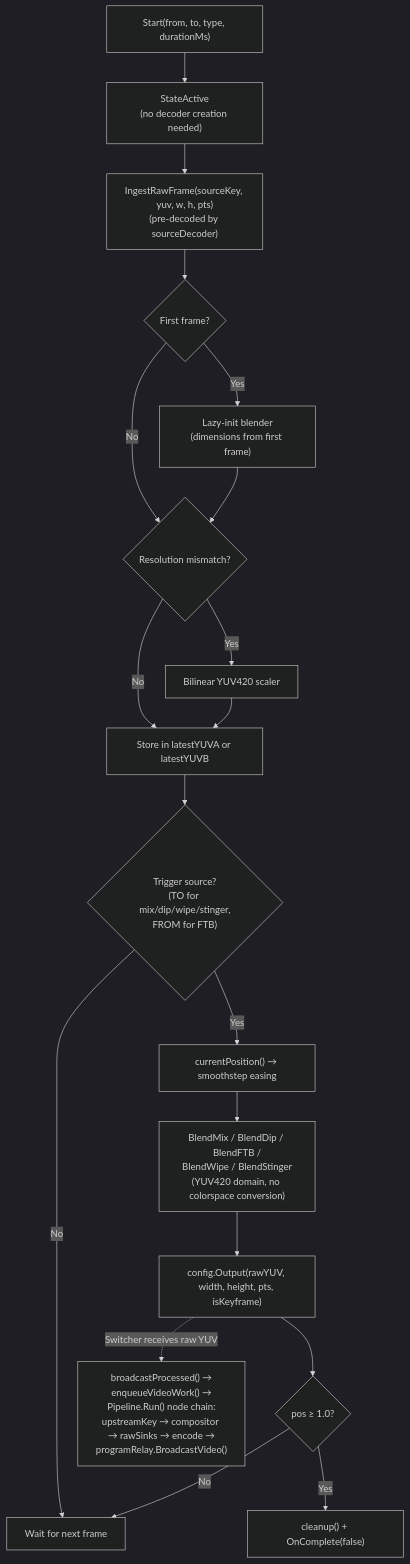
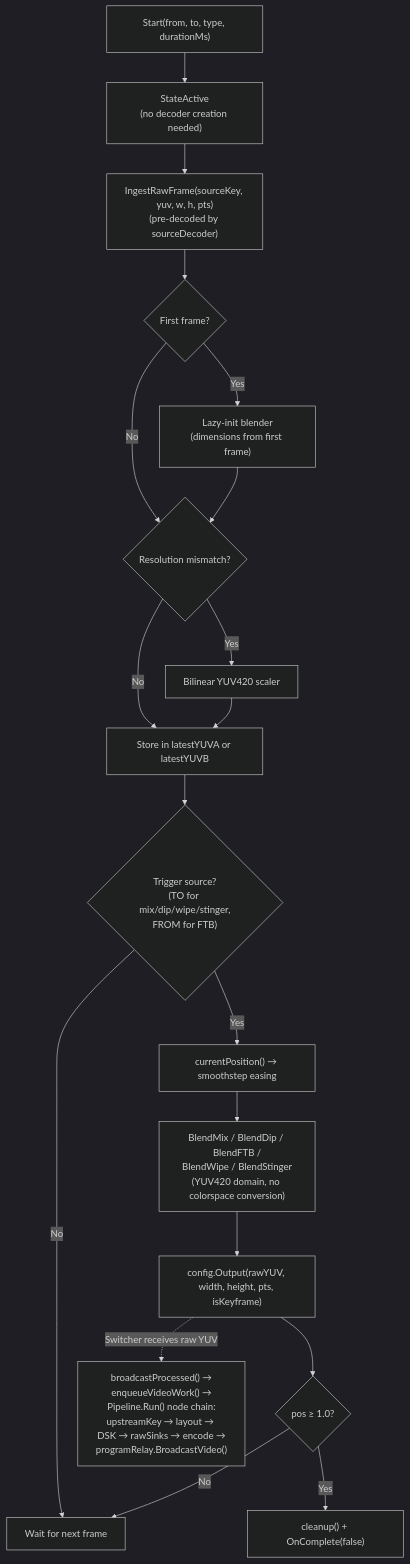
Before and after one commit to zsiec/switchframe: the sixth of 24 diagrams in docs/architecture.md, drawn with Mermaid (dark theme). The commit also changed other lines of this file and 3 other files, not shown here.

First line of the commit message:
Add multi-layer DSK and PIP layout features

````diff
--- a/docs/architecture.md
+++ b/docs/architecture.md
@@ -316,23 +318,23 @@
 ```mermaid
 flowchart TD
     start["Start(from, to, type, durationMs)"] --> active["StateActive<br/>(no decoder creation needed)"]
     active --> ingest["IngestRawFrame(sourceKey, yuv, w, h, pts)<br/>(pre-decoded by sourceDecoder)"]
     ingest --> init{"First frame?"}
     init -->|Yes| lazy["Lazy-init blender<br/>(dimensions from first frame)"]
     init -->|No| scale
     lazy --> scale{"Resolution mismatch?"}
     scale -->|Yes| scaler["Bilinear YUV420 scaler"]
     scale -->|No| store["Store in latestYUVA or latestYUVB"]
     scaler --> store
 
     store --> trigger{"Trigger source?<br/>(TO for mix/dip/wipe/stinger,<br/>FROM for FTB)"}
     trigger -->|No| wait["Wait for next frame"]
     trigger -->|Yes| pos["currentPosition() → smoothstep easing"]
     pos --> blend["BlendMix / BlendDip / BlendFTB /<br/>BlendWipe / BlendStinger<br/>(YUV420 domain, no colorspace conversion)"]
     blend --> out["config.Output(rawYUV, width, height, pts, isKeyframe)"]
     out --> done{"pos ≥ 1.0?"}
     done -->|No| wait
     done -->|Yes| cleanup["cleanup() + OnComplete(false)"]
 
-    out -.->|"Switcher receives raw YUV"| proc["broadcastProcessed() →<br/>enqueueVideoWork() →<br/>Pipeline.Run() node chain:<br/>upstreamKey → compositor → rawSinks → encode →<br/>programRelay.BroadcastVideo()"]
+    out -.->|"Switcher receives raw YUV"| proc["broadcastProcessed() →<br/>enqueueVideoWork() →<br/>Pipeline.Run() node chain:<br/>upstreamKey → layout → DSK → rawSinks → encode →<br/>programRelay.BroadcastVideo()"]
 ```
````
